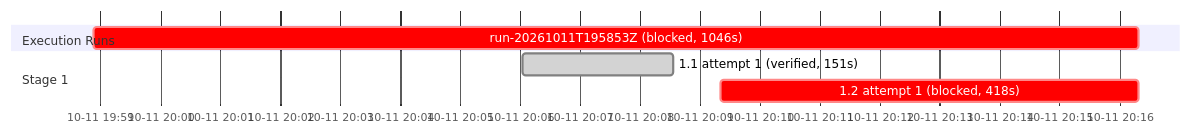
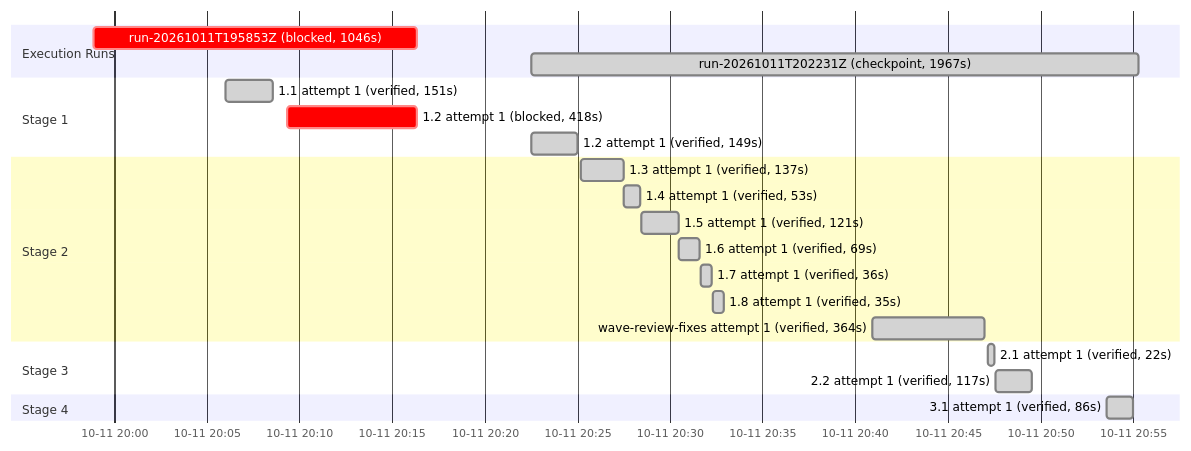
Before and after one commit to sohampatwardhan/icloud-mcp: the second of 2 diagrams in .specs/contact-fields-completion/05_execution.md, drawn with Mermaid. The commit also changed other lines of this file and 7 other files, not shown here.

````diff
--- a/.specs/contact-fields-completion/05_execution.md
+++ b/.specs/contact-fields-completion/05_execution.md
@@ -139,10 +154,25 @@
 ```mermaid
 gantt
     dateFormat YYYY-MM-DDTHH:mm:ss
     axisFormat %m-%d %H:%M
     section Execution Runs
     run-20261011T195853Z (blocked, 1046s) :crit, run_20261011T195853Z, 2026-10-11T19:58:53, 2026-10-11T20:16:19
+    run-20261011T202231Z (checkpoint, 1967s) :done, run_20261011T202231Z, 2026-10-11T20:22:31, 2026-10-11T20:55:18
     section Stage 1
     1.1 attempt 1 (verified, 151s) :done, b_1_1_attempt1, 2026-10-11T20:06:02, 2026-10-11T20:08:33
     1.2 attempt 1 (blocked, 418s) :crit, b_1_2_attempt1, 2026-10-11T20:09:21, 2026-10-11T20:16:19
+    1.2 attempt 1 (verified, 149s) :done, b_1_2_attempt1, 2026-10-11T20:22:31, 2026-10-11T20:25:00
+    section Stage 2
+    1.3 attempt 1 (verified, 137s) :done, b_1_3_attempt1, 2026-10-11T20:25:12, 2026-10-11T20:27:29
+    1.4 attempt 1 (verified, 53s) :done, b_1_4_attempt1, 2026-10-11T20:27:31, 2026-10-11T20:28:24
+    1.5 attempt 1 (verified, 121s) :done, b_1_5_attempt1, 2026-10-11T20:28:26, 2026-10-11T20:30:27
+    1.6 attempt 1 (verified, 69s) :done, b_1_6_attempt1, 2026-10-11T20:30:29, 2026-10-11T20:31:38
+    1.7 attempt 1 (verified, 36s) :done, b_1_7_attempt1, 2026-10-11T20:31:41, 2026-10-11T20:32:17
+    1.8 attempt 1 (verified, 35s) :done, b_1_8_attempt1, 2026-10-11T20:32:19, 2026-10-11T20:32:54
+    wave-review-fixes attempt 1 (verified, 364s) :done, wave_review_fixes_attempt1, 2026-10-11T20:40:54, 2026-10-11T20:46:58
+    section Stage 3
+    2.1 attempt 1 (verified, 22s) :done, b_2_1_attempt1, 2026-10-11T20:47:11, 2026-10-11T20:47:33
+    2.2 attempt 1 (verified, 117s) :done, b_2_2_attempt1, 2026-10-11T20:47:35, 2026-10-11T20:49:32
+    section Stage 4
+    3.1 attempt 1 (verified, 86s) :done, b_3_1_attempt1, 2026-10-11T20:53:35, 2026-10-11T20:55:01
 ```
````
